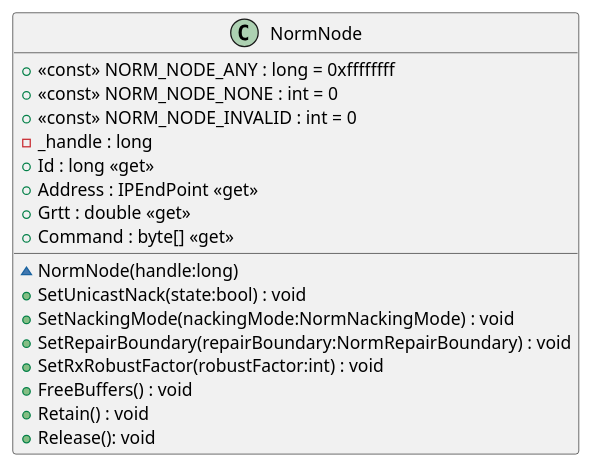
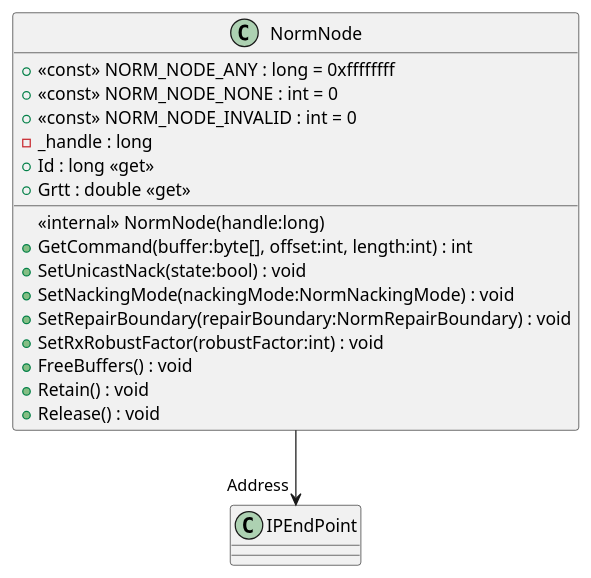
Before and after one commit to USNavalResearchLaboratory/norm: the diagram in src/dotnet/design/Mil/Navy/Nrl/Norm/NormNode.puml, drawn with PlantUML. The commit also changed 34 other files, not shown here.

```diff
--- a/src/dotnet/design/Mil/Navy/Nrl/Norm/NormNode.puml
+++ b/src/dotnet/design/Mil/Navy/Nrl/Norm/NormNode.puml
@@ -1,20 +1,20 @@
 @startuml
 class NormNode {
     + <<const>> NORM_NODE_ANY : long = 0xffffffff
     + <<const>> NORM_NODE_NONE : int = 0
     + <<const>> NORM_NODE_INVALID : int = 0
     - _handle : long
-    ~ NormNode(handle:long)
+    <<internal>> NormNode(handle:long)
+    + Id : long <<get>>
+    + Grtt : double <<get>>
+    + GetCommand(buffer:byte[], offset:int, length:int) : int
     + SetUnicastNack(state:bool) : void
     + SetNackingMode(nackingMode:NormNackingMode) : void
     + SetRepairBoundary(repairBoundary:NormRepairBoundary) : void
     + SetRxRobustFactor(robustFactor:int) : void
-    + Id : long <<get>>
-    + Address : IPEndPoint <<get>>
-    + Grtt : double <<get>>
-    + Command : byte[] <<get>>
     + FreeBuffers() : void
     + Retain() : void
-    + Release(): void
+    + Release() : void
 }
+NormNode --> "Address" IPEndPoint
 @enduml
```
